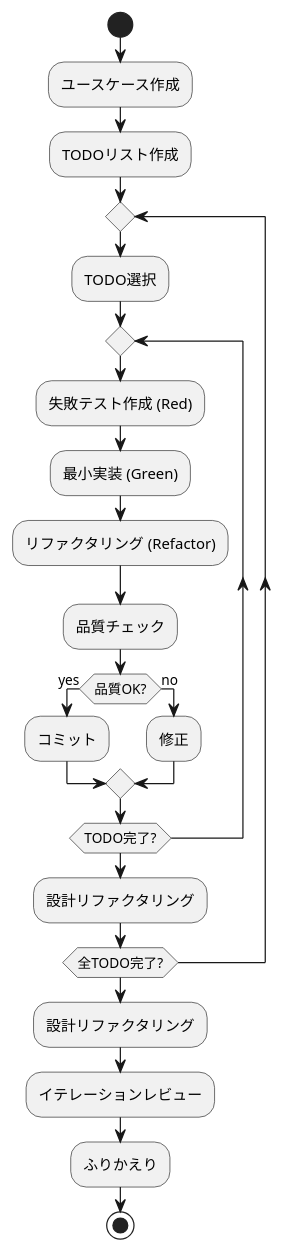
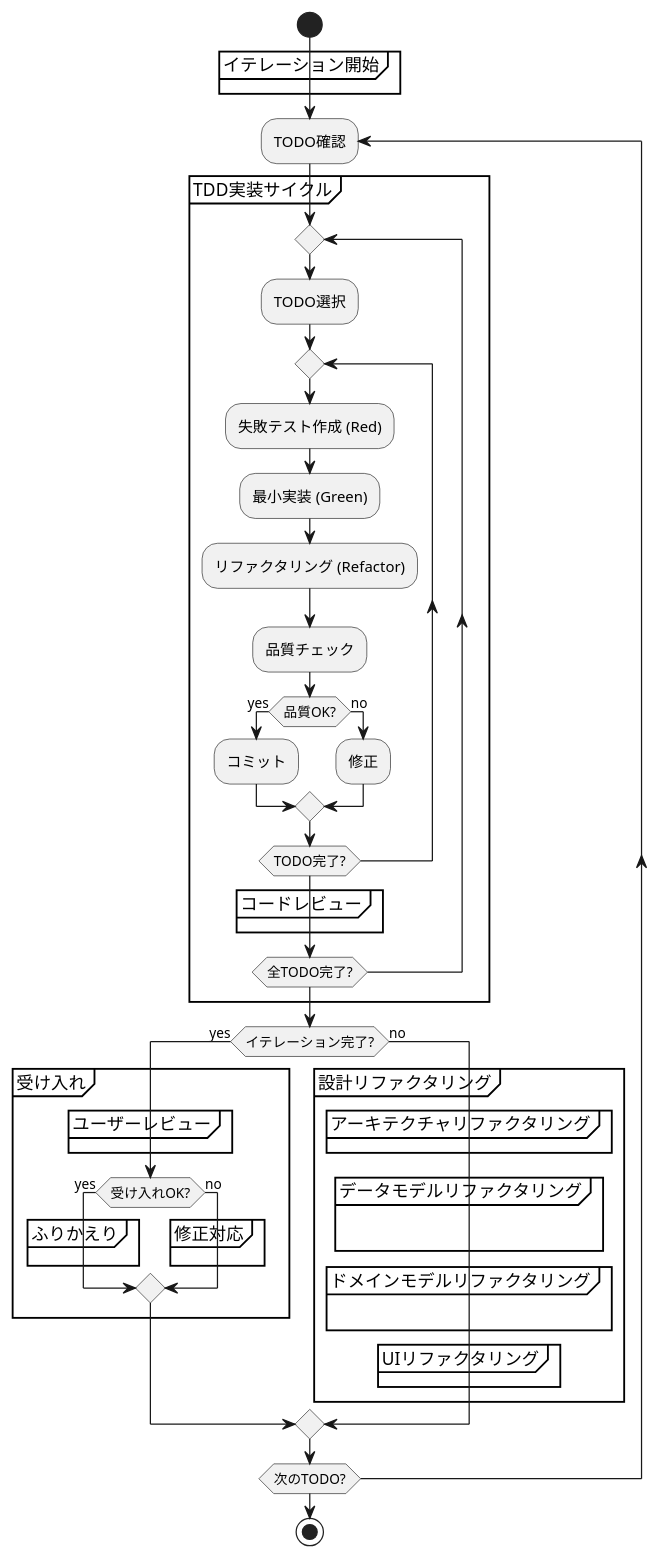
The fifth of 6 diagrams in CLAUDE.md (k2works/case-study-game-dev), drawn with PlantUML before and after one commit.

Commit message:
docs: イテレーション開発プロセスのフローチャートを改善

````diff
--- a/CLAUDE.md
+++ b/CLAUDE.md
@@ -133,32 +133,60 @@
 ```plantuml
 ```plantuml
 @startuml "イテレーション開発プロセス"
 
 start
-:ユースケース作成;
-:TODOリスト作成;
 
-repeat
-  :TODO選択;
-  
-  repeat
-    :失敗テスト作成 (Red);
-    :最小実装 (Green);
-    :リファクタリング (Refactor);
-    :品質チェック;
-    if (品質OK?) then (yes)
-      :コミット;
+partition "イテレーション開始" {
+}
+
+repeat :TODO確認;
+partition "TDD実装サイクル" {
+    repeat
+      :TODO選択;
+      
+      repeat
+        :失敗テスト作成 (Red);
+        :最小実装 (Green);
+        :リファクタリング (Refactor);
+        :品質チェック;
+        if (品質OK?) then (yes)
+          :コミット;
+        else (no)
+          :修正;
+        endif
+      repeat while (TODO完了?)
+      partition "コードレビュー" {
+      }
+    repeat while (全TODO完了?)
+}
+
+if (イテレーション完了?) then (yes)
+  partition "受け入れ" {
+    partition "ユーザーレビュー" {
+    }
+    if (受け入れOK?) then (yes)
+      partition "ふりかえり" {
+      }
     else (no)
-      :修正;
+      partition "修正対応" {
+      }
     endif
-  repeat while (TODO完了?)
-  :設計リファクタリング;
-  
-repeat while (全TODO完了?)
-:設計リファクタリング;
-:イテレーションレビュー;
-:ふりかえり;
+  }
+else (no)
+  partition "設計リファクタリング" {
+      partition "アーキテクチャリファクタリング" {
+      }
+      partition "データモデルリファクタリング" {
+      }
+      partition "ドメインモデルリファクタリング" {
+      }
+      partition "UIリファクタリング" {
+      }
+  }
+endif
+repeat while (次のTODO?)
+
 stop
 
 @enduml
 ```
````
